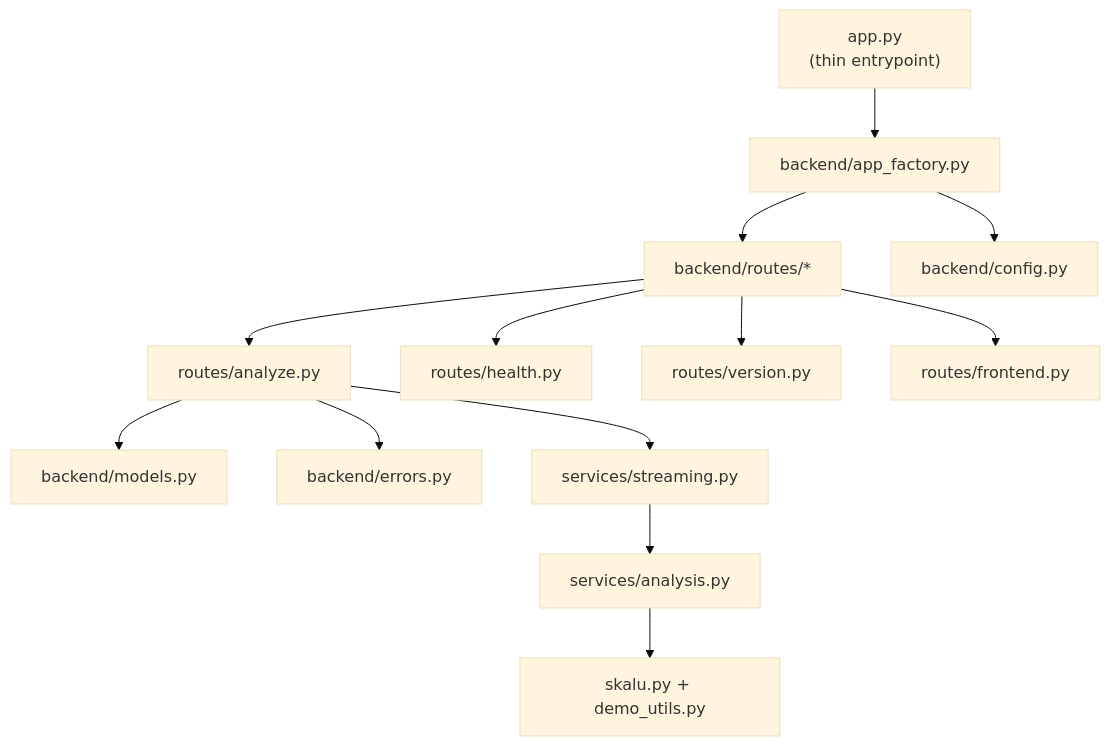
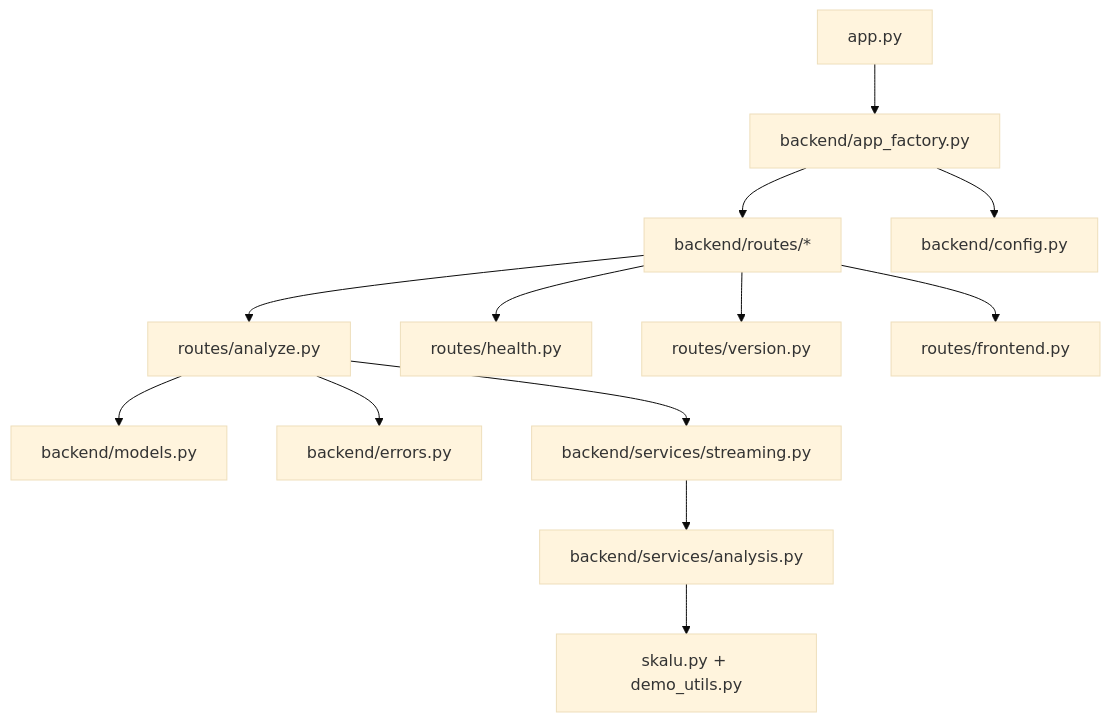
Before and after one commit to ragaeeb/skalu: the second of 3 diagrams in docs/architecture.md, drawn with Mermaid (base theme). The commit also changed other lines of this file and 19 other files, not shown here.

````diff
--- a/docs/architecture.md
+++ b/docs/architecture.md
@@ -32,15 +33,17 @@
 ```mermaid
 flowchart TD
-  app["app.py\n(thin entrypoint)"] --> factory["backend/app_factory.py"]
+  app["app.py"] --> factory["backend/app_factory.py"]
   factory --> routes["backend/routes/*"]
-  factory --> cfg["backend/config.py"]
+  factory --> config["backend/config.py"]
+
   routes --> analyze["routes/analyze.py"]
   routes --> health["routes/health.py"]
   routes --> version["routes/version.py"]
   routes --> frontend["routes/frontend.py"]
+
   analyze --> models["backend/models.py"]
-  analyze --> errs["backend/errors.py"]
-  analyze --> stream["services/streaming.py"]
-  stream --> analysis["services/analysis.py"]
+  analyze --> errors["backend/errors.py"]
+  analyze --> stream["backend/services/streaming.py"]
+  stream --> analysis["backend/services/analysis.py"]
   analysis --> core["skalu.py + demo_utils.py"]
 ```
````
